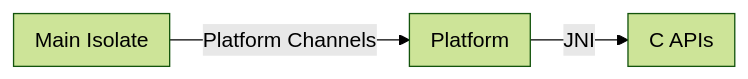
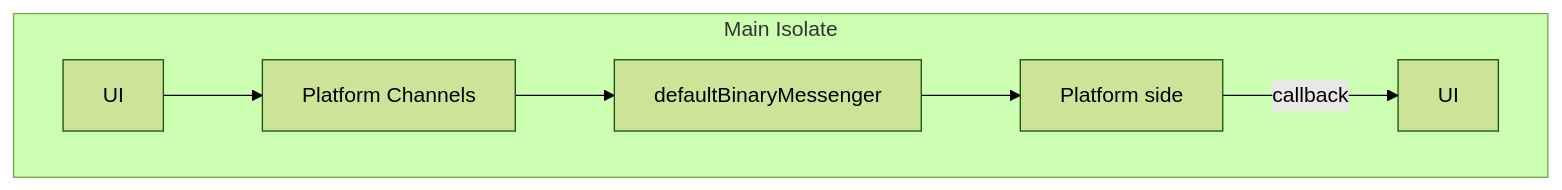
The second of 2 diagrams in slide/pages/journey_platform-specific_APIs.md (sensuikan1973/flutter_expensive_native_embedding_journey), drawn with Mermaid (forest theme) before and after one commit. The commit also changed other lines of this file, not shown here.

````diff
--- a/slide/pages/journey_platform-specific_APIs.md
+++ b/slide/pages/journey_platform-specific_APIs.md
@@ -66,11 +66,9 @@
 ```mermaid
-flowchart LR
-    subgraph M ["Main#32;Isolate"]
-    end
-    M -->|Platform Channels| P
-    subgraph P ["Platform"]
-    end
-    P -->|JNI| N
-    subgraph N ["C APIs"]
+flowchart TB
+    subgraph S["Main#32;Isolate"]
+        U1["UI"] --> P["Platform#32;Channels"]
+        P --> D["defaultBinaryMessenger"]
+        D --> P2["Platform side"]
+        P2 -->|callback| U2["UI"]
     end
 ```
````
